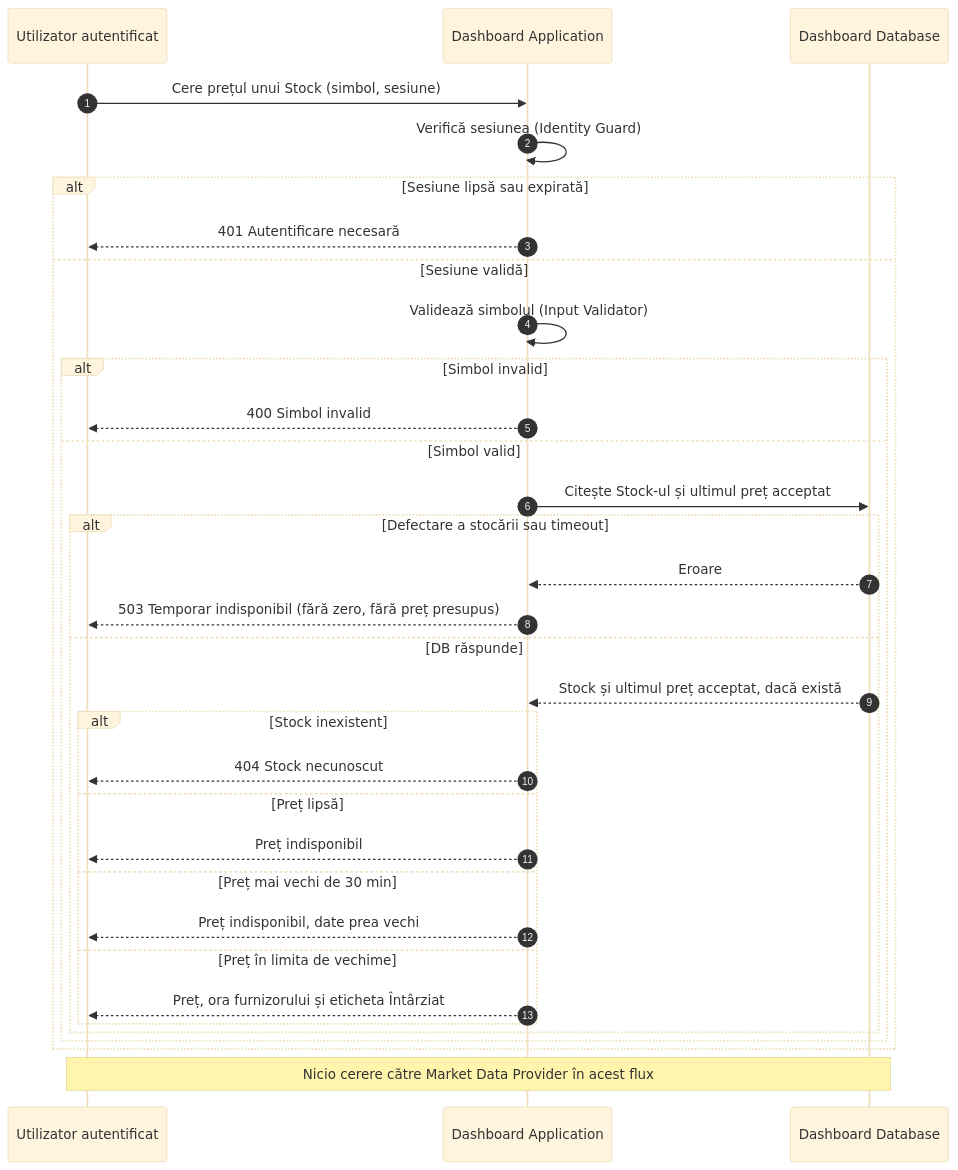
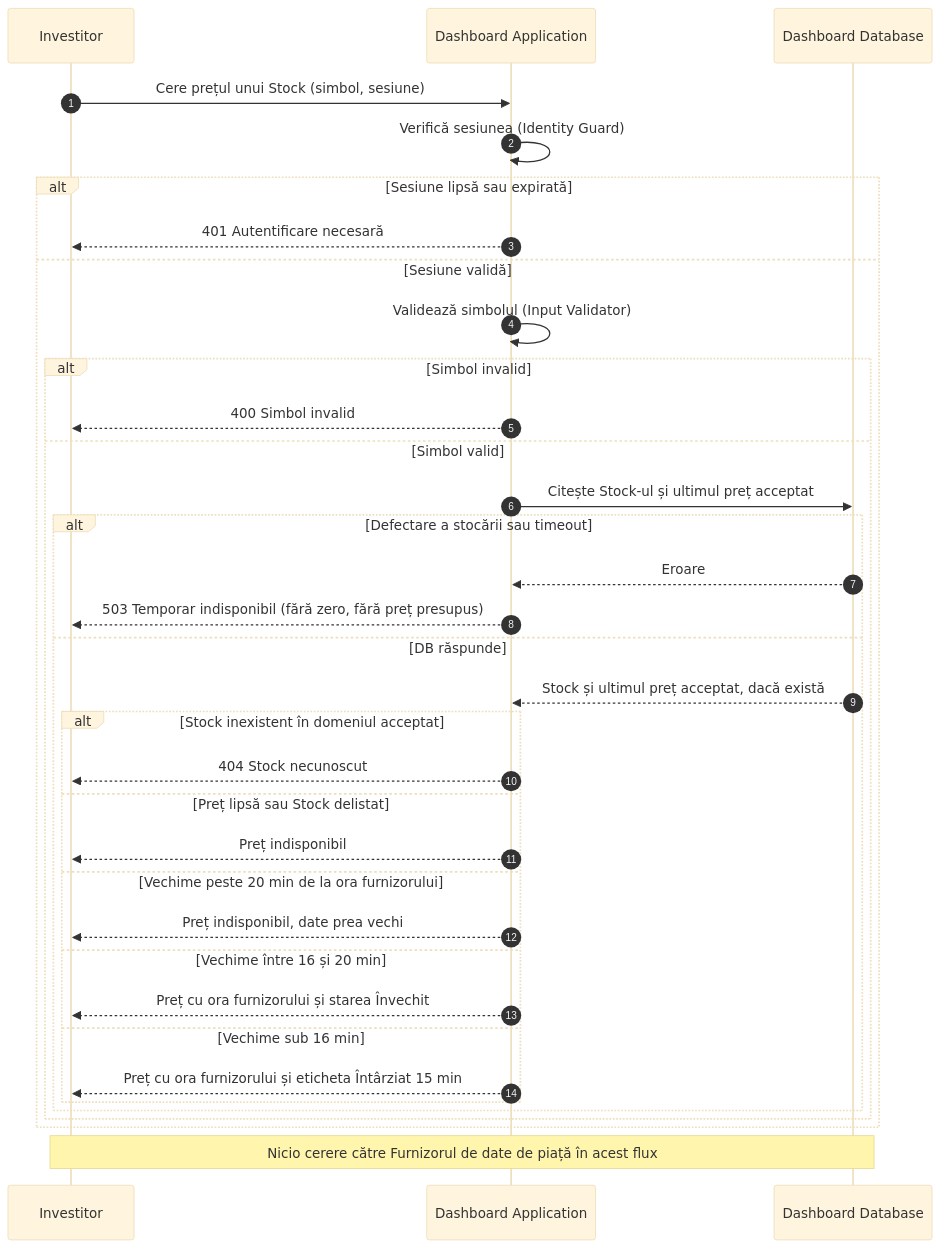
The fifth of 6 diagrams in Sd/lab3/solution.md (DucaAleXD/Proiectarea-sistemelor-informatice), drawn with Mermaid (base theme) before and after one commit. The commit also changed other lines of this file, not shown here.

````diff
--- a/Sd/lab3/solution.md
+++ b/Sd/lab3/solution.md
@@ -182,41 +142,43 @@
 ```mermaid
 sequenceDiagram
     autonumber
-    participant User as Utilizator autentificat
+    participant Investitor as Investitor
     participant App as Dashboard Application
     participant DB as Dashboard Database
 
-    User->>App: Cere prețul unui Stock (simbol, sesiune)
+    Investitor->>App: Cere prețul unui Stock (simbol, sesiune)
     App->>App: Verifică sesiunea (Identity Guard)
 
     alt Sesiune lipsă sau expirată
-        App-->>User: 401 Autentificare necesară
+        App-->>Investitor: 401 Autentificare necesară
     else Sesiune validă
         App->>App: Validează simbolul (Input Validator)
 
         alt Simbol invalid
-            App-->>User: 400 Simbol invalid
+            App-->>Investitor: 400 Simbol invalid
         else Simbol valid
             App->>DB: Citește Stock-ul și ultimul preț acceptat
 
             alt Defectare a stocării sau timeout
                 DB-->>App: Eroare
-                App-->>User: 503 Temporar indisponibil (fără zero, fără preț presupus)
+                App-->>Investitor: 503 Temporar indisponibil (fără zero, fără preț presupus)
             else DB răspunde
                 DB-->>App: Stock și ultimul preț acceptat, dacă există
 
-                alt Stock inexistent
-                    App-->>User: 404 Stock necunoscut
-                else Preț lipsă
-                    App-->>User: Preț indisponibil
-                else Preț mai vechi de 30 min
-                    App-->>User: Preț indisponibil, date prea vechi
-                else Preț în limita de vechime
-                    App-->>User: Preț, ora furnizorului și eticheta Întârziat
+                alt Stock inexistent în domeniul acceptat
+                    App-->>Investitor: 404 Stock necunoscut
+                else Preț lipsă sau Stock delistat
+                    App-->>Investitor: Preț indisponibil
+                else Vechime peste 20 min de la ora furnizorului
+                    App-->>Investitor: Preț indisponibil, date prea vechi
+                else Vechime între 16 și 20 min
+                    App-->>Investitor: Preț cu ora furnizorului și starea Învechit
+                else Vechime sub 16 min
+                    App-->>Investitor: Preț cu ora furnizorului și eticheta Întârziat 15 min
                 end
             end
         end
     end
 
-    Note over User,DB: Nicio cerere către Market Data Provider în acest flux
+    Note over Investitor,DB: Nicio cerere către Furnizorul de date de piață în acest flux
 ```
````
